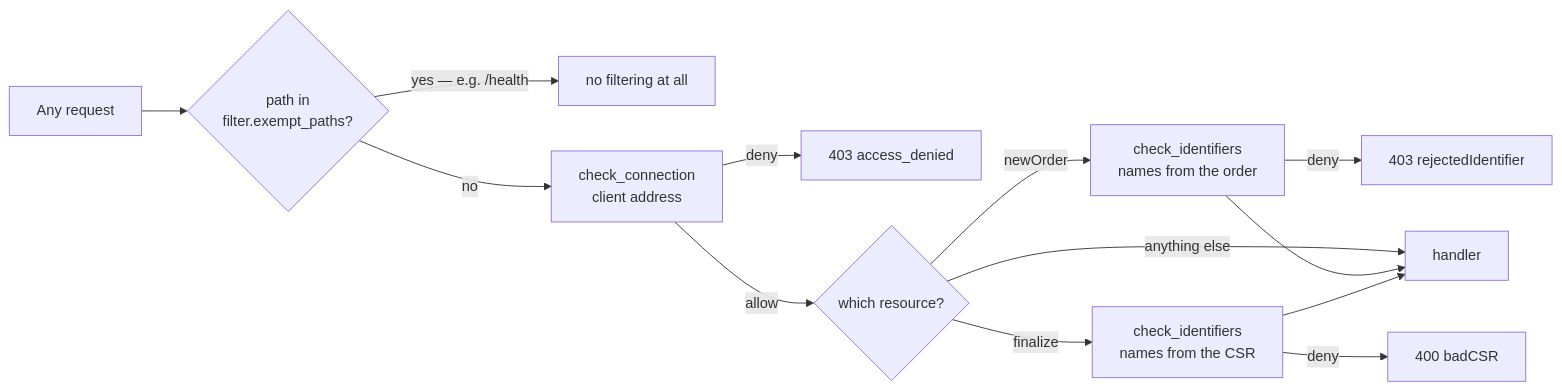
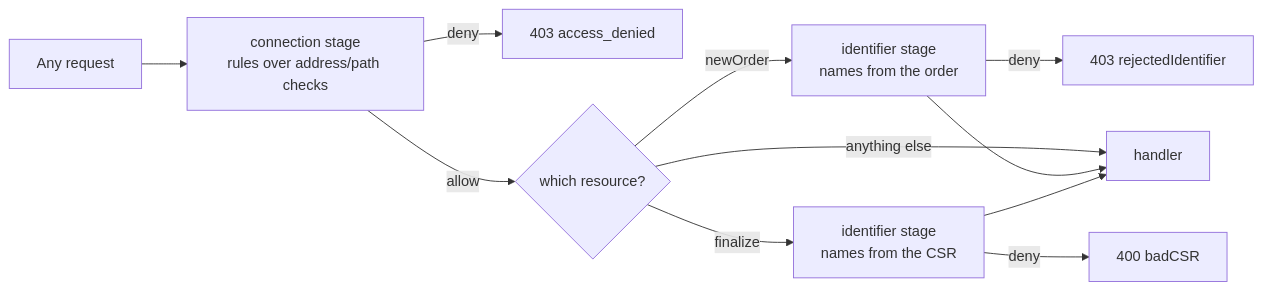
One commit to acme-proxy/acme-proxy changed the diagram in doc/src/filters/index.md. Above: the diagram before and after it, drawn with Mermaid. The commit also changed other lines of this file and 40 other files, not shown here.

````diff
--- a/doc/src/filters/index.md
+++ b/doc/src/filters/index.md
@@ -26,15 +62,13 @@
 ```mermaid
 graph LR
-    REQ["Any request"] --> EX{"path in<br/>filter.exempt_paths?"}
-    EX -->|"yes — e.g. /health"| SKIP["no filtering at all"]
-    EX -->|no| CONN["check_connection<br/>client address"]
+    REQ["Any request"] --> CONN["connection stage<br/>rules over address/path checks"]
     CONN -->|deny| D403["403 access_denied"]
     CONN -->|allow| ROUTE{"which resource?"}
-    ROUTE -->|"newOrder"| ID1["check_identifiers<br/>names from the order"]
-    ROUTE -->|"finalize"| ID2["check_identifiers<br/>names from the CSR"]
+    ROUTE -->|"newOrder"| ID1["identifier stage<br/>names from the order"]
+    ROUTE -->|"finalize"| ID2["identifier stage<br/>names from the CSR"]
     ROUTE -->|"anything else"| OK["handler"]
     ID1 -->|deny| DREJ["403 rejectedIdentifier"]
     ID2 -->|deny| DCSR["400 badCSR"]
     ID1 --> OK
     ID2 --> OK
 ```
````
